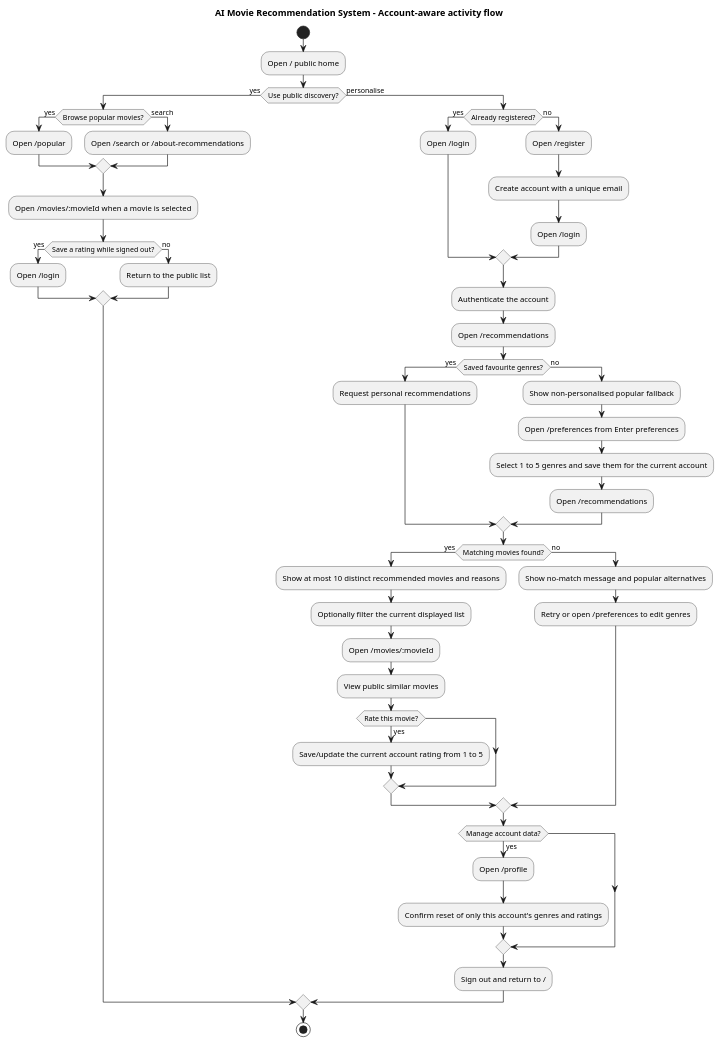
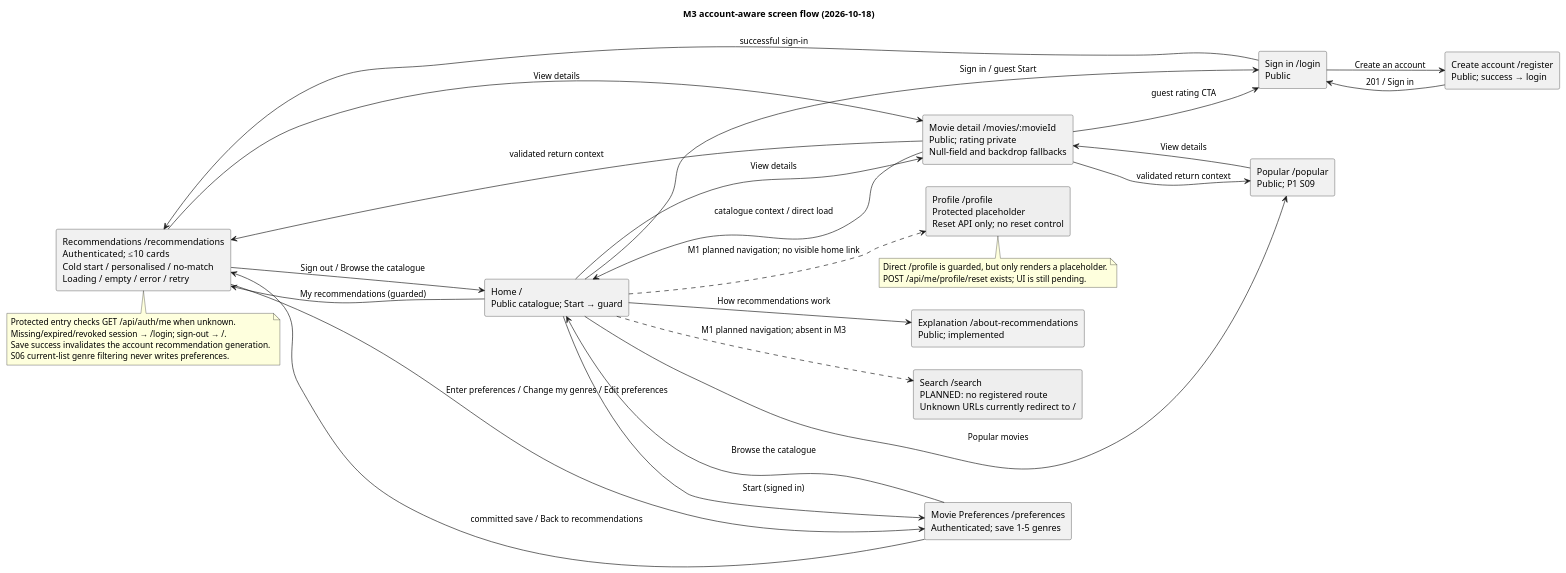
Before and after one commit to SE-FDA-NEU/ai66a_group3_C1_SE: the diagram in docs/screen-flow.puml, drawn with PlantUML. The commit also changed 33 other files, not shown here.

```diff
--- a/docs/screen-flow.puml
+++ b/docs/screen-flow.puml
@@ -1,62 +1,46 @@
 @startuml
-title AI Movie Recommendation System - Account-aware activity flow
-
-start
-
-:Open / public home;
-
-if (Use public discovery?) then (yes)
-  if (Browse popular movies?) then (yes)
-    :Open /popular;
-  else (search)
-    :Open /search or /about-recommendations;
-  endif
-  :Open /movies/:movieId when a movie is selected;
-  if (Save a rating while signed out?) then (yes)
-    :Open /login;
-  else (no)
-    :Return to the public list;
-  endif
-else (personalise)
-  if (Already registered?) then (yes)
-    :Open /login;
-  else (no)
-    :Open /register;
-    :Create account with a unique email;
-    :Open /login;
-  endif
-
-  :Authenticate the account;
-  :Open /recommendations;
-
-  if (Saved favourite genres?) then (yes)
-    :Request personal recommendations;
-  else (no)
-    :Show non-personalised popular fallback;
-    :Open /preferences from Enter preferences;
-    :Select 1 to 5 genres and save them for the current account;
-    :Open /recommendations;
-  endif
-
-  if (Matching movies found?) then (yes)
-    :Show at most 10 distinct recommended movies and reasons;
-    :Optionally filter the current displayed list;
-    :Open /movies/:movieId;
-    :View public similar movies;
-    if (Rate this movie?) then (yes)
-      :Save/update the current account rating from 1 to 5;
-    endif
-  else (no)
-    :Show no-match message and popular alternatives;
-    :Retry or open /preferences to edit genres;
-  endif
-
-  if (Manage account data?) then (yes)
-    :Open /profile;
-    :Confirm reset of only this account's genres and ratings;
-  endif
-  :Sign out and return to /;
-endif
-
-stop
+title M3 account-aware screen flow (2026-10-18)
+left to right direction
+skinparam shadowing false
+rectangle "Home /\nPublic catalogue; Start → guard" as Home
+rectangle "Sign in /login\nPublic" as Login
+rectangle "Create account /register\nPublic; success → login" as Register
+rectangle "Recommendations /recommendations\nAuthenticated; ≤10 cards\nCold start / personalised / no-match\nLoading / empty / error / retry" as Recs
+rectangle "Movie Preferences /preferences\nAuthenticated; save 1–5 genres" as Prefs
+rectangle "Movie detail /movies/:movieId\nPublic; rating private\nNull-field and backdrop fallbacks" as Detail
+rectangle "Popular /popular\nPublic; P1 S09" as Popular
+rectangle "Explanation /about-recommendations\nPublic; implemented" as About
+rectangle "Search /search\nPLANNED: no registered route\nUnknown URLs currently redirect to /" as Search #EEEEEE
+rectangle "Profile /profile\nProtected placeholder\nReset API only; no reset control" as Profile #EEEEEE
+Home --> Login : Sign in / guest Start
+Login --> Register : Create an account
+Register --> Login : 201 / Sign in
+Login --> Recs : successful sign-in
+Home --> Prefs : Start (signed in)
+Home --> Recs : My recommendations (guarded)
+Home --> Popular : Popular movies
+Home --> About : How recommendations work
+Home --> Detail : View details
+Popular --> Detail : View details
+Recs --> Detail : View details
+Detail --> Recs : validated return context
+Detail --> Popular : validated return context
+Detail --> Home : catalogue context / direct load
+Detail --> Login : guest rating CTA
+Recs --> Prefs : Enter preferences / Change my genres / Edit preferences
+Prefs --> Recs : committed save / Back to recommendations
+Prefs --> Home : Browse the catalogue
+Recs --> Home : Sign out / Browse the catalogue
+Home ..> Search : M1 planned navigation; absent in M3
+Home ..> Profile : M1 planned navigation; no visible home link
+note bottom of Recs
+  Protected entry checks GET /api/auth/me when unknown.
+  Missing/expired/revoked session → /login; sign-out → /.
+  Save success invalidates the account recommendation generation.
+  S06 current-list genre filtering never writes preferences.
+end note
+note bottom of Profile
+  Direct /profile is guarded, but only renders a placeholder.
+  POST /api/me/profile/reset exists; UI is still pending.
+end note
 @enduml
```
